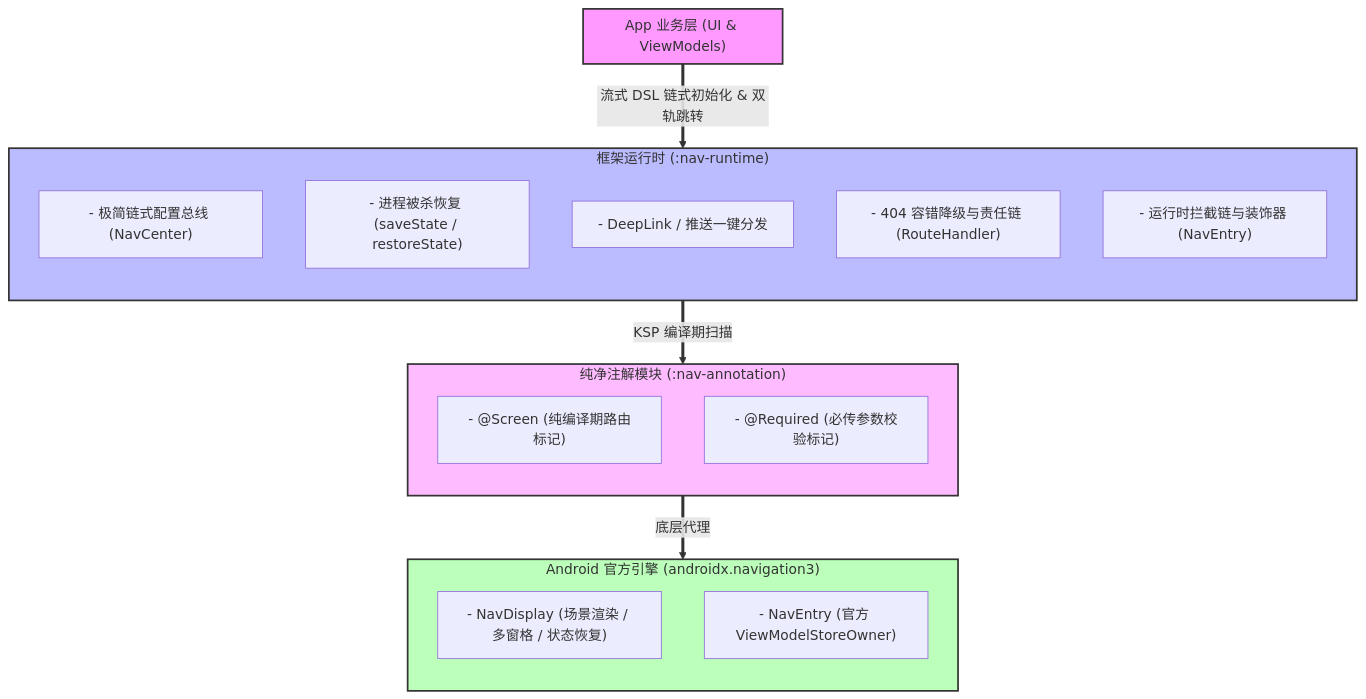
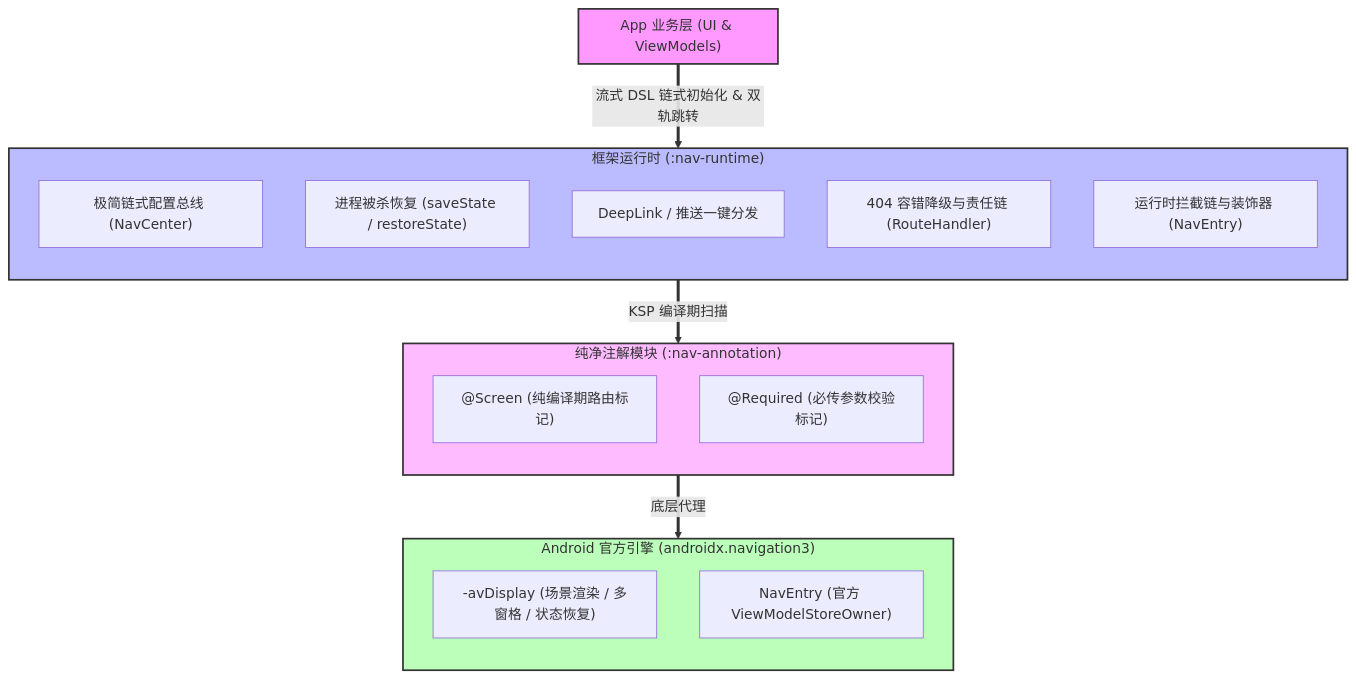
The diagram in README.md (dalingge/nav3-router), drawn with Mermaid before and after one commit. The commit also changed 1 other file, not shown here.

Commit message:
文档修改

````diff
--- a/README.md
+++ b/README.md
@@ -20,36 +20,36 @@
 ```mermaid
 graph TD
     subgraph UI ["App 业务层 (UI & ViewModels)"]
         direction TB
     end
 
     subgraph Runtime ["框架运行时 (:nav-runtime)"]
         direction TB
-        RT1["- 极简链式配置总线 (NavCenter)"]
-        RT2["- 进程被杀恢复 (saveState / restoreState)"]
-        RT3["- DeepLink / 推送一键分发"]
-        RT4["- 404 容错降级与责任链 (RouteHandler)"]
-        RT5["- 运行时拦截链与装饰器 (NavEntry)"]
+        RT1["极简链式配置总线 (NavCenter)"]
+        RT2["进程被杀恢复 (saveState / restoreState)"]
+        RT3["DeepLink / 推送一键分发"]
+        RT4["404 容错降级与责任链 (RouteHandler)"]
+        RT5["运行时拦截链与装饰器 (NavEntry)"]
     end
 
     subgraph Annotation ["纯净注解模块 (:nav-annotation)"]
         direction TB
-        AN1["- @Screen (纯编译期路由标记)"]
-        AN2["- @Required (必传参数校验标记)"]
+        AN1["@Screen (纯编译期路由标记)"]
+        AN2["@Required (必传参数校验标记)"]
     end
 
     subgraph Engine ["Android 官方引擎 (androidx.navigation3)"]
         direction TB
-        EN1["- NavDisplay (场景渲染 / 多窗格 / 状态恢复)"]
-        EN2["- NavEntry (官方 ViewModelStoreOwner)"]
+        EN1["-avDisplay (场景渲染 / 多窗格 / 状态恢复)"]
+        EN2["NavEntry (官方 ViewModelStoreOwner)"]
     end
 
     UI ==>|"流式 DSL 链式初始化 & 双轨跳转"| Runtime
     Runtime ==>|"KSP 编译期扫描"| Annotation
     Annotation ==>|"底层代理"| Engine
 
     style UI fill:#f9f,stroke:#333,stroke-width:2px
     style Runtime fill:#bbf,stroke:#333,stroke-width:2px
     style Annotation fill:#fbf,stroke:#333,stroke-width:2px
     style Engine fill:#bfb,stroke:#333,stroke-width:2px
 ```
````
